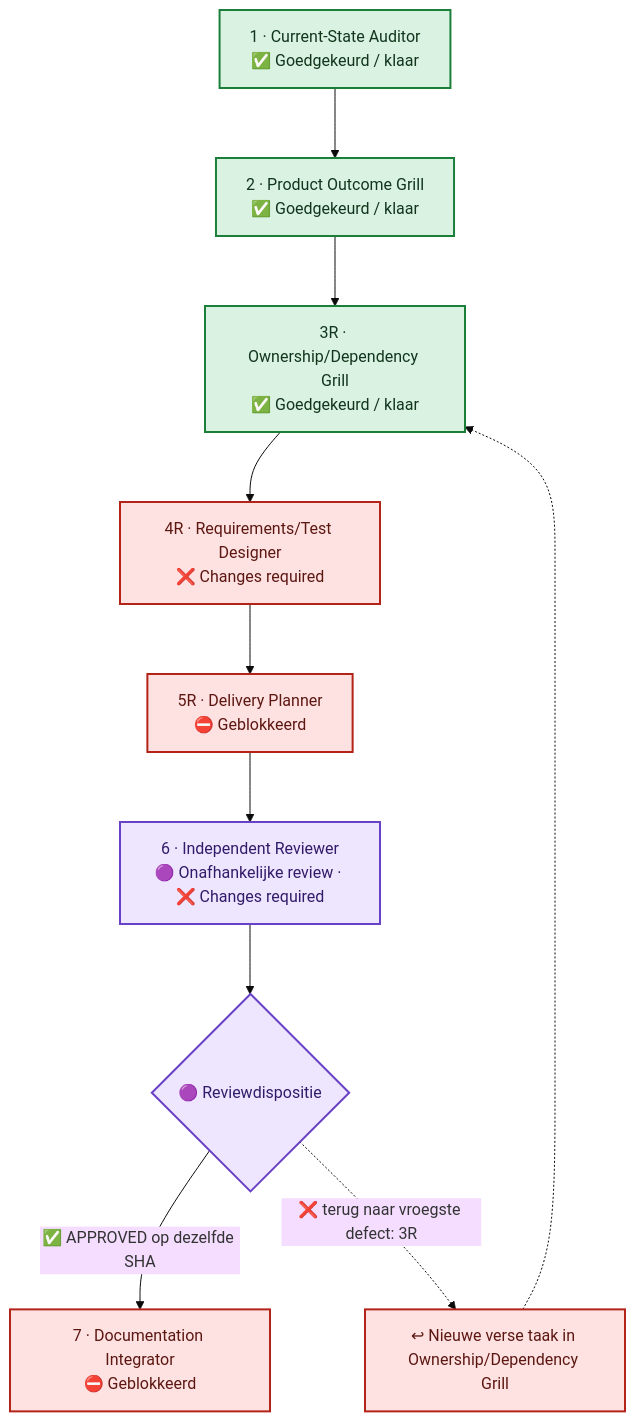
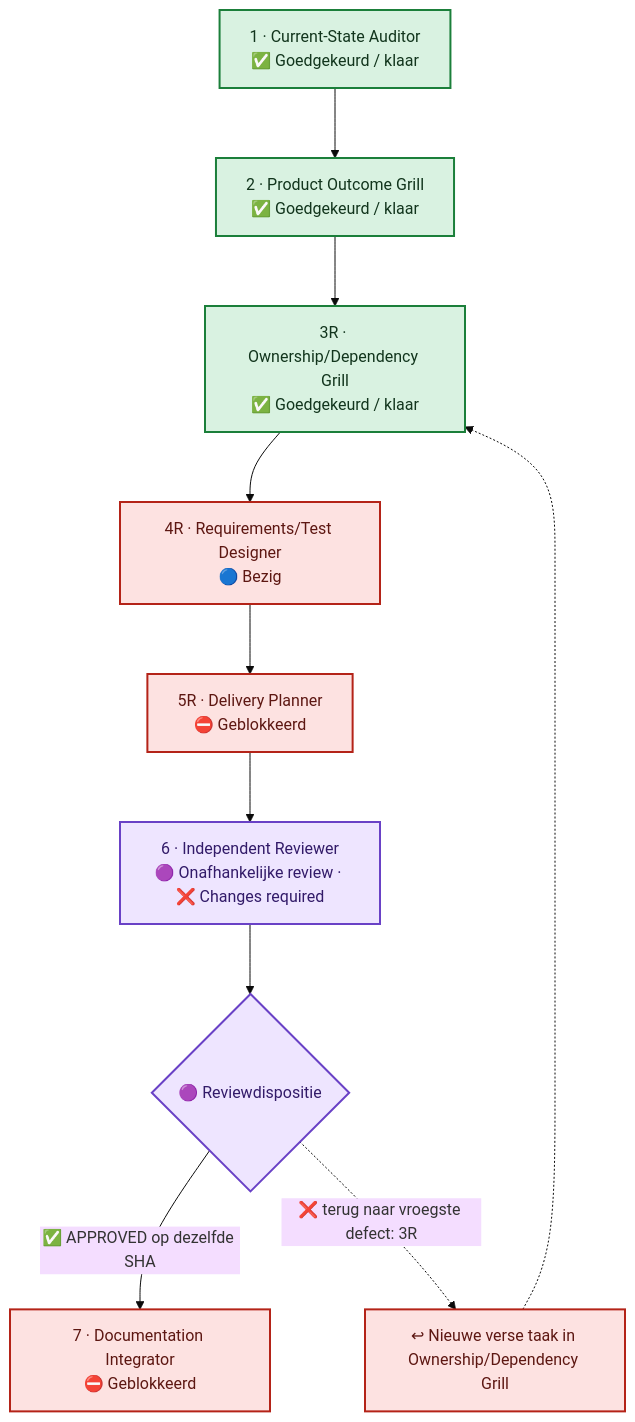
One commit to Jandesch91/n1-bioforge-requirements-cockpit changed the diagram in flow.mmd. Above: the diagram before and after it, drawn with Mermaid (base theme). The commit also changed 4 other files, not shown here.

```diff
--- a/flow.mmd
+++ b/flow.mmd
@@ -1,24 +1,24 @@
 %%{init: {"flowchart": {"curve": "basis", "nodeSpacing": 60, "rankSpacing": 70, "htmlLabels": true}}}%%
 flowchart TB
     %% A vertical main lane prevents crossing arrows. The review return uses one side lane.
     phase_1["1 · Current-State Auditor<br/>✅ Goedgekeurd / klaar"]
     phase_2["2 · Product Outcome Grill<br/>✅ Goedgekeurd / klaar"]
     phase_3r["3R · Ownership/Dependency Grill<br/>✅ Goedgekeurd / klaar"]
-    phase_4r["4R · Requirements/Test Designer<br/>❌ Changes required"]
+    phase_4r["4R · Requirements/Test Designer<br/>🔵 Bezig"]
     phase_5r["5R · Delivery Planner<br/>⛔ Geblokkeerd"]
     phase_6["6 · Independent Reviewer<br/>🟣 Onafhankelijke review · ❌ Changes required"]
     phase_7["7 · Documentation Integrator<br/>⛔ Geblokkeerd"]
     phase_1 --> phase_2 --> phase_3r --> phase_4r --> phase_5r --> phase_6
     review_decision{"🟣 Reviewdispositie"}
     phase_6 --> review_decision
     review_decision -->|"✅ APPROVED op dezelfde SHA"| phase_7
     review_decision -.->|"❌ terug naar vroegste defect: 3R"| return_lane["↩ Nieuwe verse taak in Ownership/Dependency Grill"]
     return_lane -.-> phase_3r
     classDef approved fill:#D9F2E1,stroke:#1B7F3A,color:#12351D,stroke-width:2px
     classDef changes fill:#FDE2E1,stroke:#B42318,color:#5D1712,stroke-width:2px
     classDef blocked fill:#FDE2E1,stroke:#B42318,color:#5D1712,stroke-width:2px
     classDef review fill:#EEE5FF,stroke:#6941C6,color:#321B69,stroke-width:2px
     class phase_1,phase_2,phase_3r approved
     class phase_4r changes
     class phase_5r,phase_7,return_lane blocked
     class phase_6,review_decision review
```
